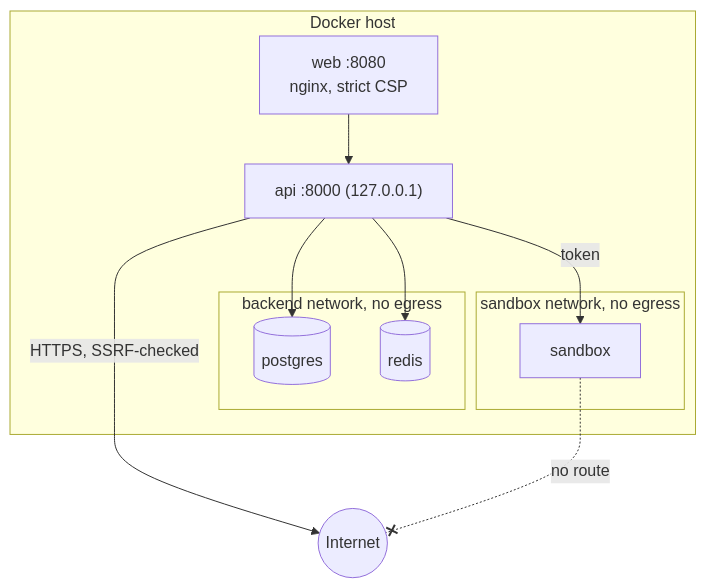
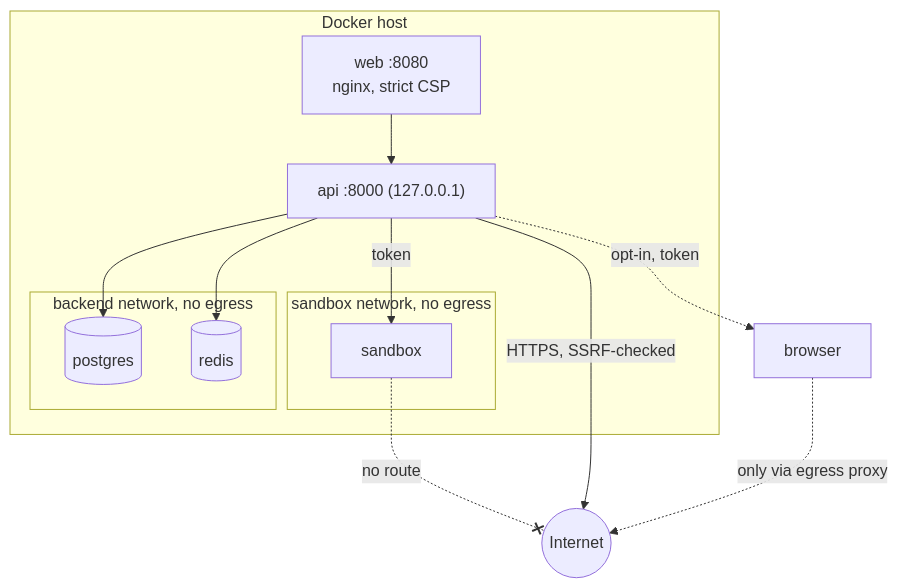
One commit to lordprime/Argus-Council changed the diagram in docs/security-overview.md. Above: the diagram before and after it, drawn with Mermaid. The commit also changed other lines of this file and 9 other files, not shown here.

````diff
--- a/docs/security-overview.md
+++ b/docs/security-overview.md
@@ -11,20 +11,22 @@
 ```mermaid
 flowchart TB
     subgraph host [Docker host]
         web["web :8080<br/>nginx, strict CSP"]
         api["api :8000 (127.0.0.1)"]
         subgraph internal_b [backend network, no egress]
             pg[(postgres)]
             rd[(redis)]
         end
         subgraph internal_s [sandbox network, no egress]
             sb[sandbox]
         end
     end
     web --> api
     api --> pg
     api --> rd
     api -->|token| sb
     api -->|HTTPS, SSRF-checked| internet((Internet))
+    api -.->|"opt-in, token"| br["browser"]
+    br -.->|"only via egress proxy"| internet
     sb -.-x|no route| internet
 ```
````
